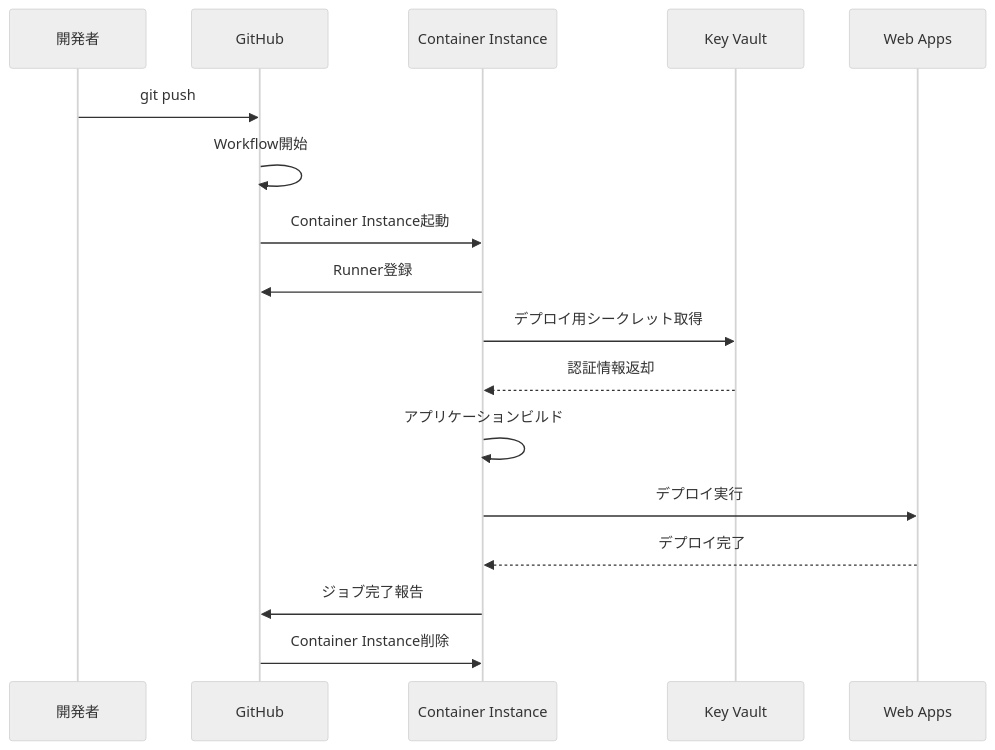
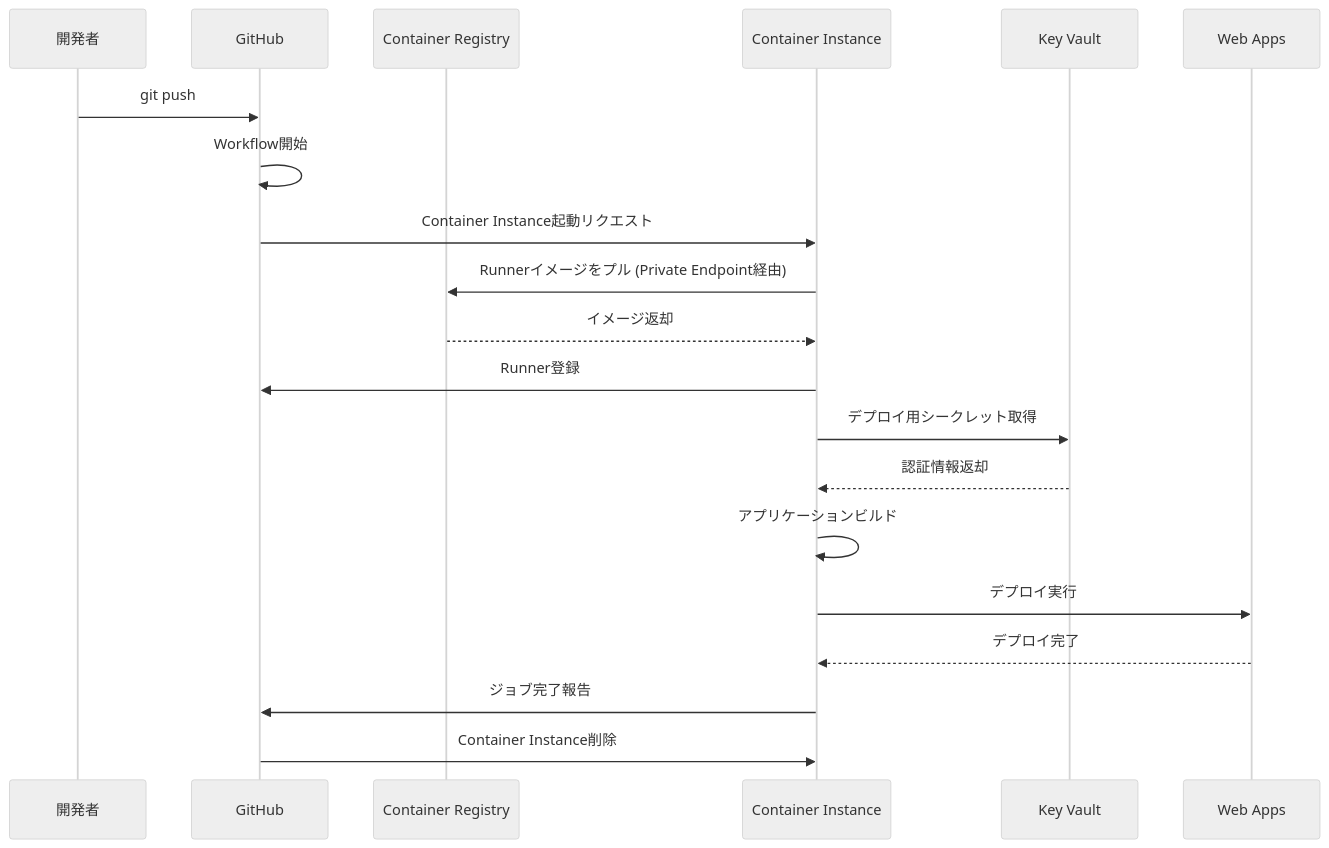
One commit to matakaha/internal_rag_Application_deployment_step_by_step changed the diagram in docs/01-architecture.md. Above: the diagram before and after it, drawn with Mermaid (neutral theme). The commit also changed other lines of this file and 11 other files, not shown here.

First line of the commit message:
feat: Add Azure Container Registry setup and GitHub Actions Runner image build process

````diff
--- a/docs/01-architecture.md
+++ b/docs/01-architecture.md
@@ -88,20 +98,23 @@
 ```mermaid
 sequenceDiagram
     participant Dev as 開発者
     participant GH as GitHub
+    participant ACR as Container Registry
     participant ACI as Container Instance
     participant KV as Key Vault
     participant App as Web Apps
 
     Dev->>GH: git push
     GH->>GH: Workflow開始
-    GH->>ACI: Container Instance起動
+    GH->>ACI: Container Instance起動リクエスト
+    ACI->>ACR: Runnerイメージをプル (Private Endpoint経由)
+    ACR-->>ACI: イメージ返却
     ACI->>GH: Runner登録
     ACI->>KV: デプロイ用シークレット取得
     KV-->>ACI: 認証情報返却
     ACI->>ACI: アプリケーションビルド
     ACI->>App: デプロイ実行
     App-->>ACI: デプロイ完了
     ACI->>GH: ジョブ完了報告
     GH->>ACI: Container Instance削除
 ```
````
